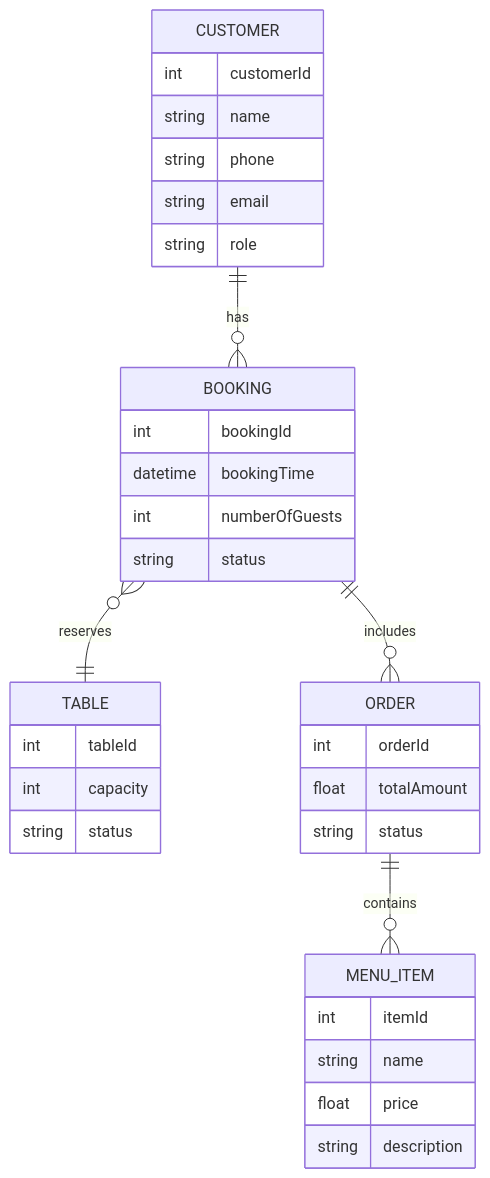
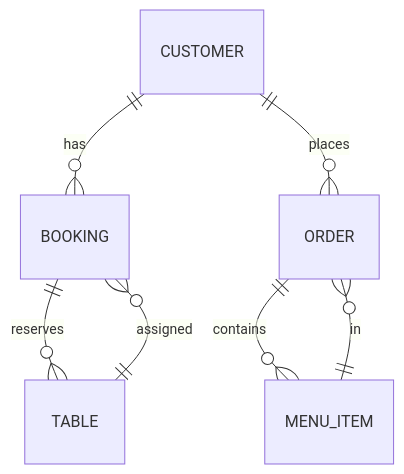
The second of 2 diagrams in README.md (blu1606/RestaurantBookingManagement), drawn with Mermaid before and after one commit. The commit also changed other lines of this file, not shown here.

````diff
--- a/README.md
+++ b/README.md
@@ -208,36 +248,9 @@
 ```mermaid
 erDiagram
     CUSTOMER ||--o{ BOOKING : has
-    BOOKING }o--|| TABLE : reserves
-    BOOKING ||--o{ ORDER : includes
+    CUSTOMER ||--o{ ORDER : places
+    BOOKING ||--o{ TABLE : reserves
     ORDER ||--o{ MENU_ITEM : contains
-    CUSTOMER {
-        int customerId
-        string name
-        string phone
-        string email
-        string role
-    }
-    BOOKING {
-        int bookingId
-        datetime bookingTime
-        int numberOfGuests
-        string status
-    }
-    TABLE {
-        int tableId
-        int capacity
-        string status
-    }
-    ORDER {
-        int orderId
-        float totalAmount
-        string status
-    }
-    MENU_ITEM {
-        int itemId
-        string name
-        float price
-        string description
-    }
+    TABLE ||--o{ BOOKING : assigned
+    MENU_ITEM ||--o{ ORDER : in
 ```
````
